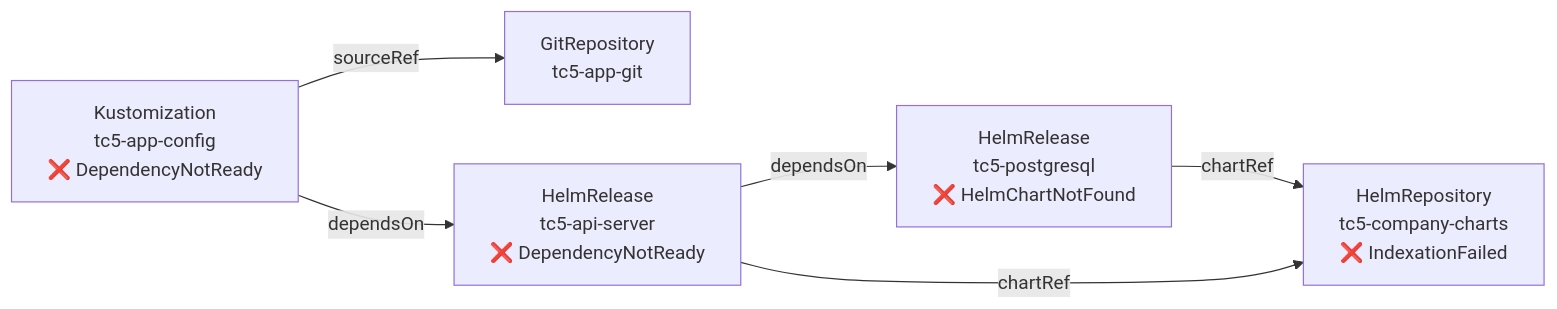
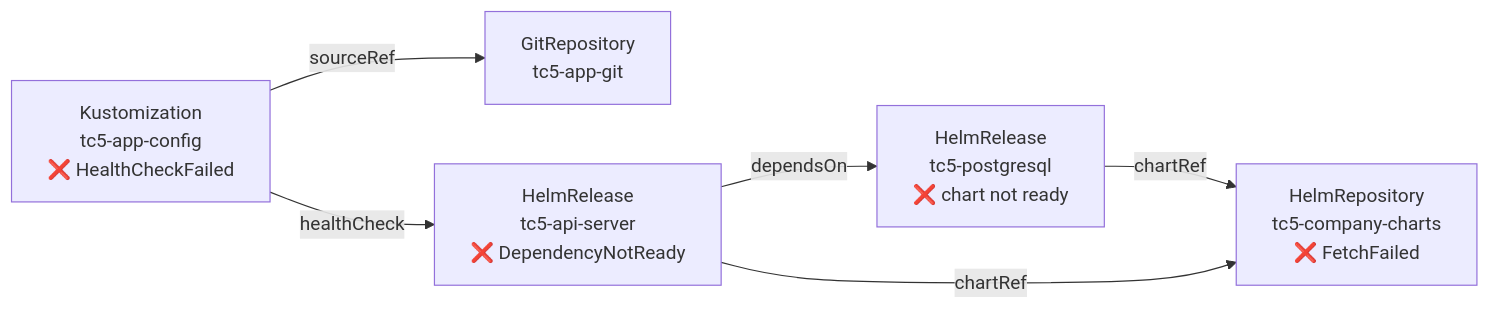
One commit to lukaross368/flux-snapshot changed the fifth of 6 diagrams in docs/test-cases.md. Above: the diagram before and after it, drawn with Mermaid. The commit also changed other lines of this file and 8 other files, not shown here.

````diff
--- a/docs/test-cases.md
+++ b/docs/test-cases.md
@@ -320,14 +319,14 @@
 ```mermaid
 graph LR
-    CHARTS["HelmRepository\ntc5-company-charts\n❌ IndexationFailed"]
+    CHARTS["HelmRepository\ntc5-company-charts\n❌ FetchFailed"]
     GR["GitRepository\ntc5-app-git"]
-    INFRA["HelmRelease\ntc5-postgresql\n❌ HelmChartNotFound"]
+    INFRA["HelmRelease\ntc5-postgresql\n❌ chart not ready"]
     APP["HelmRelease\ntc5-api-server\n❌ DependencyNotReady"]
-    CFG["Kustomization\ntc5-app-config\n❌ DependencyNotReady"]
+    CFG["Kustomization\ntc5-app-config\n❌ HealthCheckFailed"]
 
     INFRA -->|chartRef| CHARTS
     APP -->|dependsOn| INFRA
     APP -->|chartRef| CHARTS
-    CFG -->|dependsOn| APP
+    CFG -->|healthCheck| APP
     CFG -->|sourceRef| GR
 ```
````
